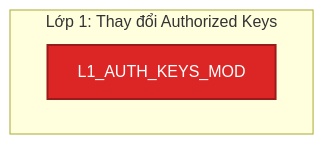
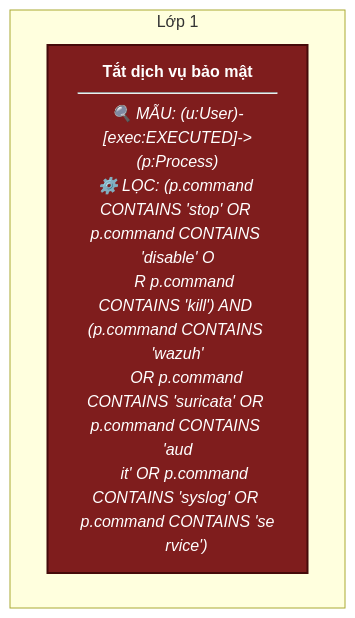
Before and after one commit to ttm62/bug-free-doodle: diagram 13 of 14 in all_rules/README.md, drawn with Mermaid. The commit also changed other lines of this file and 31 other files, not shown here.

````diff
--- a/all_rules/README.md
+++ b/all_rules/README.md
@@ -295,11 +236,11 @@
 ```mermaid
 graph TD
     classDef low fill:#fef08a,stroke:#ca8a04,stroke-width:2px,color:#854d0e;
     classDef medium fill:#f97316,stroke:#c2410c,stroke-width:2px,color:#fff;
     classDef high fill:#dc2626,stroke:#991b1b,stroke-width:2px,color:#fff;
     classDef critical fill:#7f1d1d,stroke:#450a0a,stroke-width:2px,color:#fff;
 
-    subgraph Layer1 ["Lớp 1: Thay đổi Authorized Keys"]
-        L1_AUTH_KEYS_MOD["L1_AUTH_KEYS_MOD"]:::high
+    subgraph Layer_L1_SERVICE_STOP ["Lớp 1"]
+        L1_SERVICE_STOP["<b>Tắt dịch vụ bảo mật</b><br/><hr/><i>🔍 MẪU: (u:User)-[exec:EXECUTED]->(p:Process)<br/>⚙️ LỌC: (p.command CONTAINS 'stop' OR p.command CONTAINS 'disable' O<br/>&nbsp;&nbsp;&nbsp;&nbsp;R p.command CONTAINS 'kill') AND (p.command CONTAINS 'wazuh'<br/>&nbsp;&nbsp;&nbsp;&nbsp; OR p.command CONTAINS 'suricata' OR p.command CONTAINS 'aud<br/>&nbsp;&nbsp;&nbsp;&nbsp;it' OR p.command CONTAINS 'syslog' OR p.command CONTAINS 'se<br/>&nbsp;&nbsp;&nbsp;&nbsp;rvice')</i>"]:::critical
     end
 ```
````
